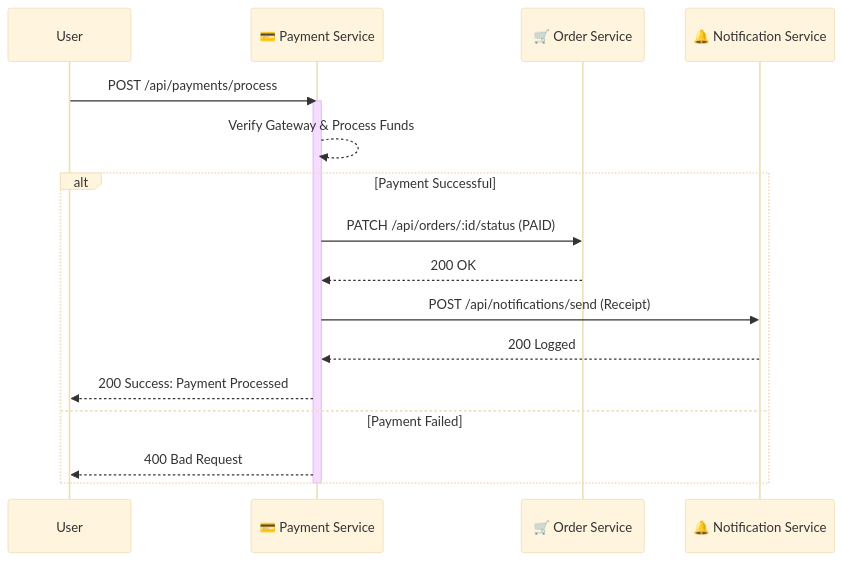
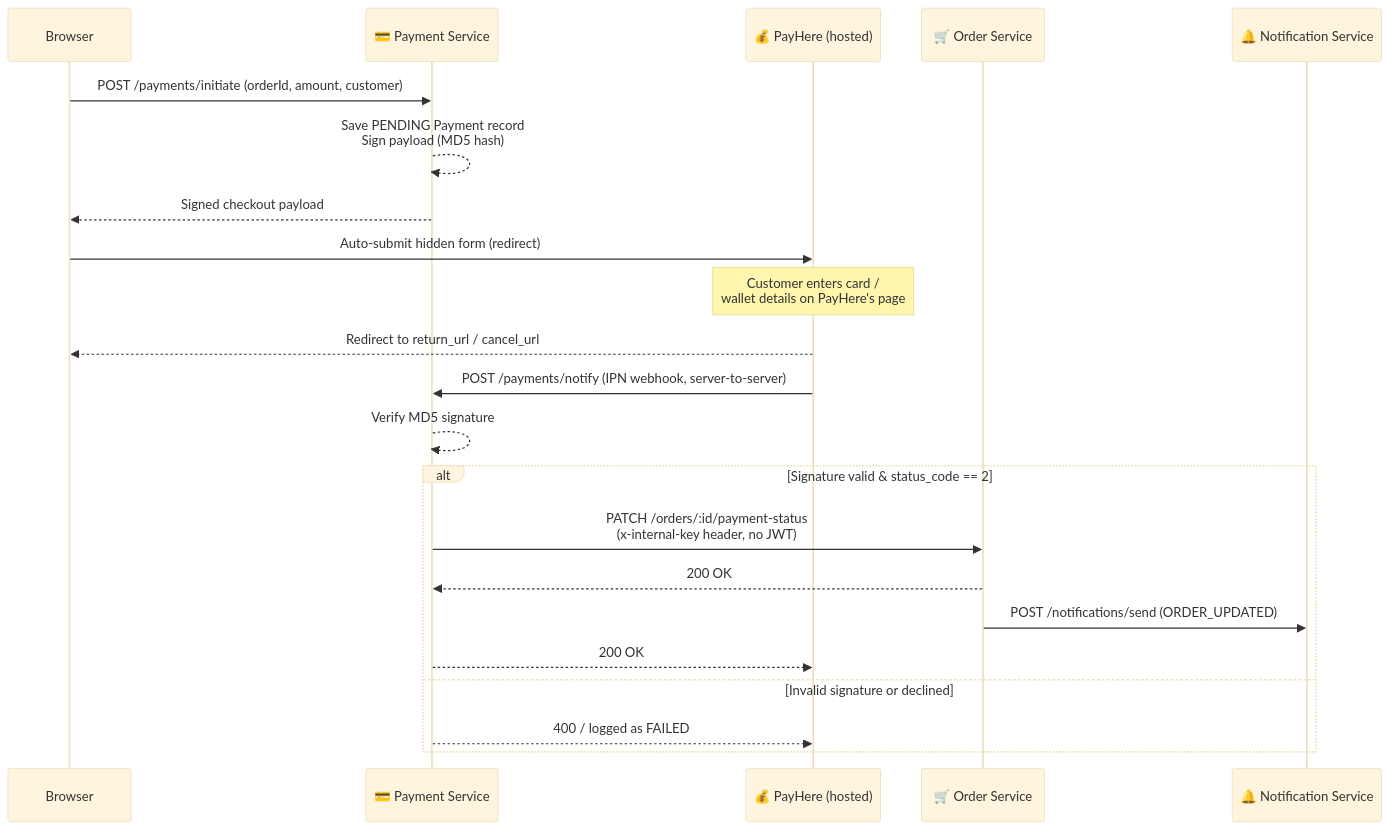
The second of 2 diagrams in README.md (ChamathDilshanC/NexusCart-Microservices-Backend), drawn with Mermaid (base theme) before and after one commit. The commit also changed other lines of this file, not shown here.

Commit message:
docs: rewrite README with accurate feature set, RBAC, and PayHere integration

````diff
--- a/README.md
+++ b/README.md
@@ -68,24 +90,28 @@
 ```mermaid
 sequenceDiagram
-    participant User
+    participant Browser
     participant Payment as 💳 Payment Service
+    participant PayHere as 💰 PayHere (hosted)
     participant Order as 🛒 Order Service
     participant Notif as 🔔 Notification Service
 
-    User->>Payment: POST /api/payments/process
-    activate Payment
-    Payment-->>Payment: Verify Gateway & Process Funds
-    
-    alt Payment Successful
-        Payment->>Order: PATCH /api/orders/:id/status (PAID)
+    Browser->>Payment: POST /payments/initiate (orderId, amount, customer)
+    Payment-->>Payment: Save PENDING Payment record<br/>Sign payload (MD5 hash)
+    Payment-->>Browser: Signed checkout payload
+
+    Browser->>PayHere: Auto-submit hidden form (redirect)
+    Note over PayHere: Customer enters card /<br/>wallet details on PayHere's page
+
+    PayHere-->>Browser: Redirect to return_url / cancel_url
+    PayHere->>Payment: POST /payments/notify (IPN webhook, server-to-server)
+    Payment-->>Payment: Verify MD5 signature
+
+    alt Signature valid & status_code == 2
+        Payment->>Order: PATCH /orders/:id/payment-status<br/>(x-internal-key header, no JWT)
         Order-->>Payment: 200 OK
-        
-        Payment->>Notif: POST /api/notifications/send (Receipt)
-        Notif-->>Payment: 200 Logged
-        
-        Payment-->>User: 200 Success: Payment Processed
-    else Payment Failed
-        Payment-->>User: 400 Bad Request
+        Order->>Notif: POST /notifications/send (ORDER_UPDATED)
+        Payment-->>PayHere: 200 OK
+    else Invalid signature or declined
+        Payment-->>PayHere: 400 / logged as FAILED
     end
-    deactivate Payment
 ```
````
